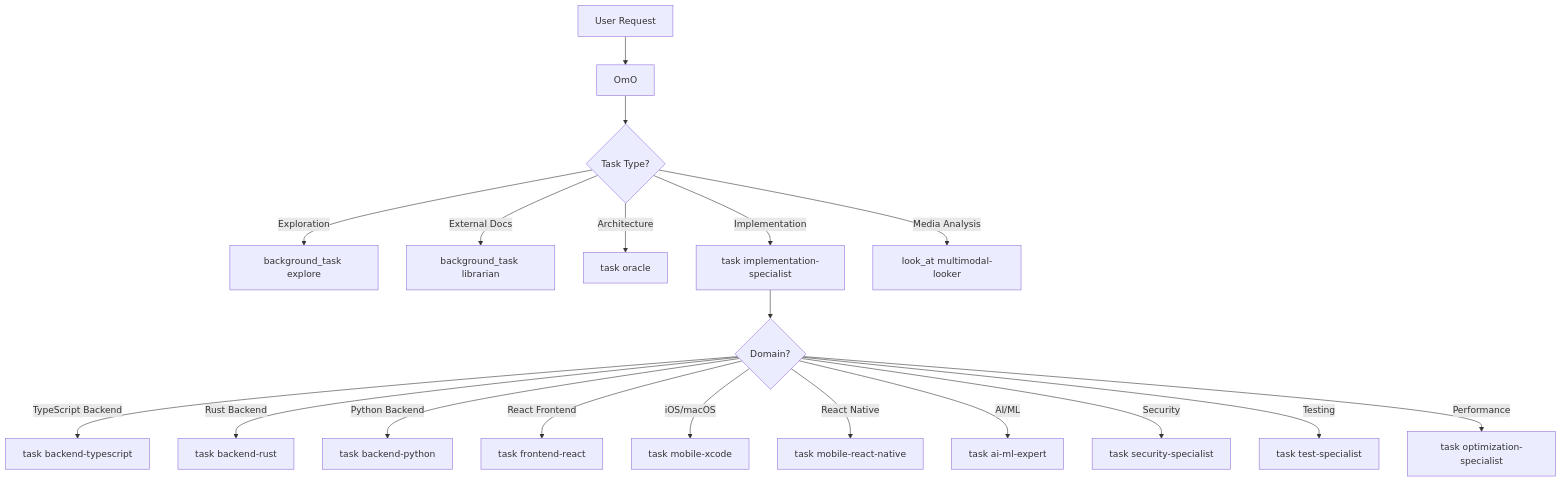
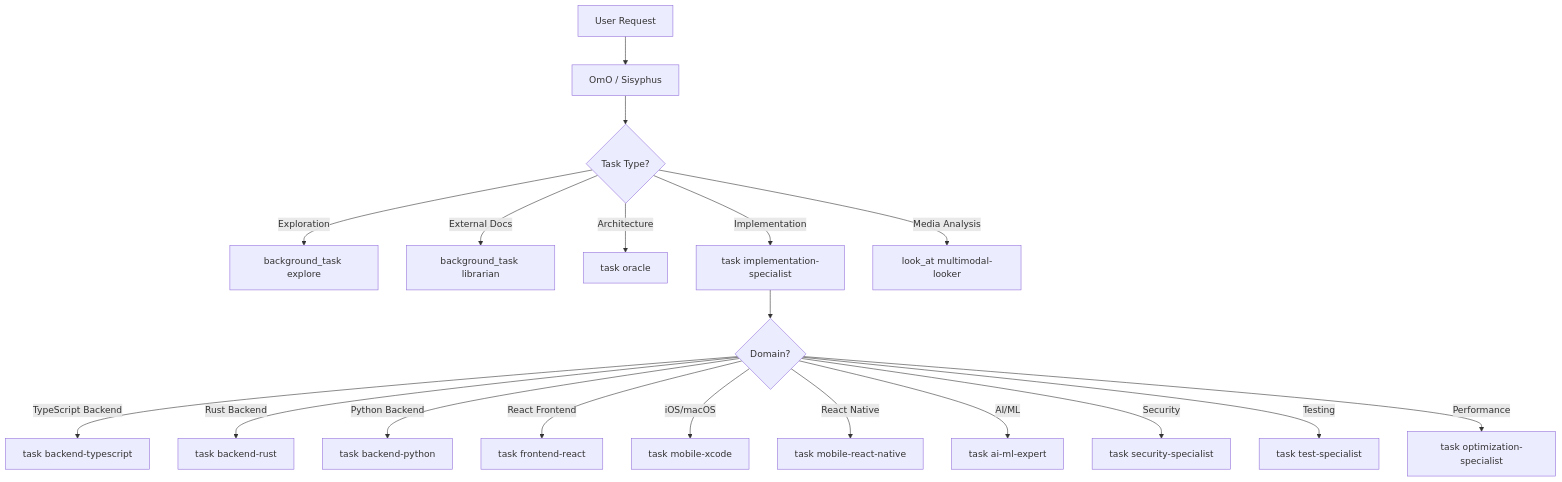
The diagram in docs/architecture/02-agent-system.md (DomGrieco/oh-my-opencode), drawn with Mermaid before and after one commit. The commit also changed other lines of this file and 4 other files, not shown here.

````diff
--- a/docs/architecture/02-agent-system.md
+++ b/docs/architecture/02-agent-system.md
@@ -87,21 +137,21 @@
 ```mermaid
 flowchart TD
-    A[User Request] --> B[OmO]
+    A[User Request] --> B[OmO / Sisyphus]
     B --> C{Task Type?}
     C -->|Exploration| D[background_task explore]
     C -->|External Docs| E[background_task librarian]
     C -->|Architecture| F[task oracle]
     C -->|Implementation| G[task implementation-specialist]
     G --> H{Domain?}
     H -->|TypeScript Backend| I[task backend-typescript]
     H -->|Rust Backend| J[task backend-rust]
     H -->|Python Backend| K[task backend-python]
     H -->|React Frontend| L[task frontend-react]
     H -->|iOS/macOS| M[task mobile-xcode]
     H -->|React Native| N[task mobile-react-native]
     H -->|AI/ML| O[task ai-ml-expert]
     H -->|Security| P[task security-specialist]
     H -->|Testing| Q[task test-specialist]
     H -->|Performance| R[task optimization-specialist]
     C -->|Media Analysis| S[look_at multimodal-looker]
 ```
````
